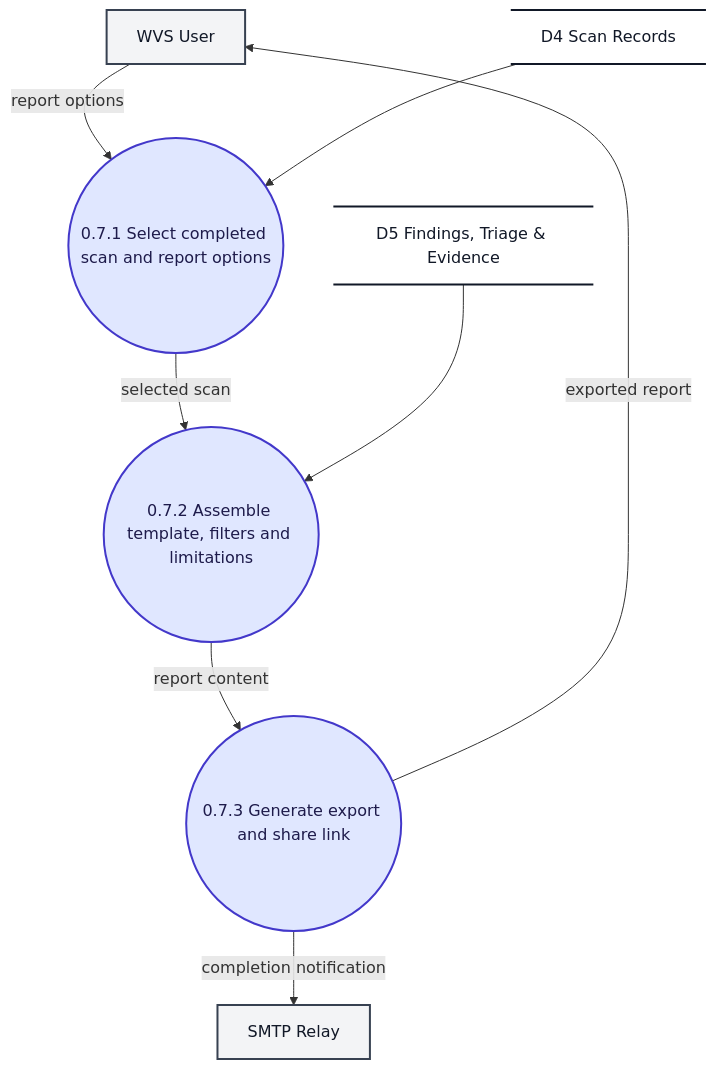
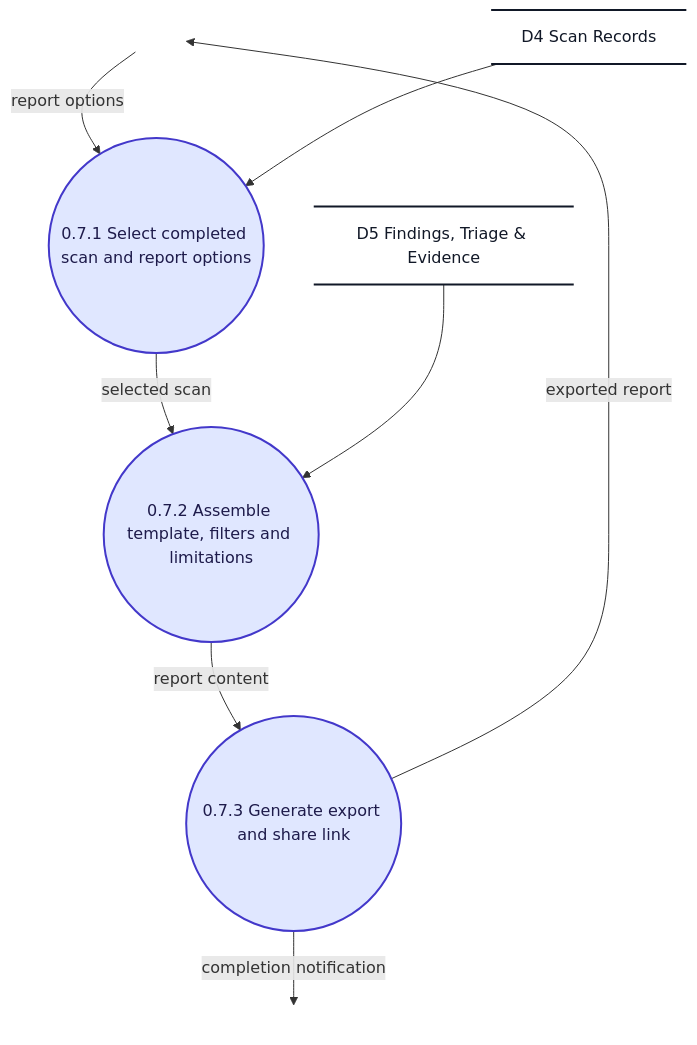
The ninth of 11 diagrams in docs/dfd/Website_Vulnerability_Scanner_DFD.md (ksacheth/software-engineering), drawn with Mermaid before and after one commit. The commit also changed other lines of this file and 19 other files, not shown here.

First line of the commit message:
docs(dfd): align level-2 DFDs and report format with textbook and peer reference

````diff
--- a/docs/dfd/Website_Vulnerability_Scanner_DFD.md
+++ b/docs/dfd/Website_Vulnerability_Scanner_DFD.md
@@ -388,31 +377,29 @@
 ```mermaid
 flowchart TD
-    %% Level 2 DFD - F.7 Reporting and Export
 
-    User["WVS User"]
-    SMTP["SMTP Relay"]
+    B_User[" "]
+    B_SMTP[" "]
 
     P71(("0.7.1 Select completed scan and report options"))
     P72(("0.7.2 Assemble template, filters and limitations"))
     P73(("0.7.3 Generate export and share link"))
 
     D4@{ shape: datastore, label: "D4 Scan Records" }
     D5@{ shape: datastore, label: "D5 Findings, Triage & Evidence" }
 
-    User -->|"report options"| P71
+    B_User -->|"report options"| P71
     P71 -->|"selected scan"| P72
     P72 -->|"report content"| P73
-    P73 -->|"exported report"| User
+    P73 -->|"exported report"| B_User
 
     D4 --> P71
     D5 --> P72
-    P73 -->|"completion notification"| SMTP
+    P73 -->|"completion notification"| B_SMTP
 
-    %% Styling
     classDef process fill:#e0e7ff,stroke:#4338ca,stroke-width:2px,color:#1e1b4b;
-    classDef entity fill:#f3f4f6,stroke:#374151,stroke-width:2px,color:#111827;
     classDef store fill:transparent,stroke:#111827,stroke-width:2px,color:#111827;
+    classDef boundary fill:transparent,stroke:transparent,color:transparent;
     class P71,P72,P73 process;
-    class User,SMTP entity;
     class D4,D5 store;
+    class B_User,B_SMTP boundary;
 ```
````
